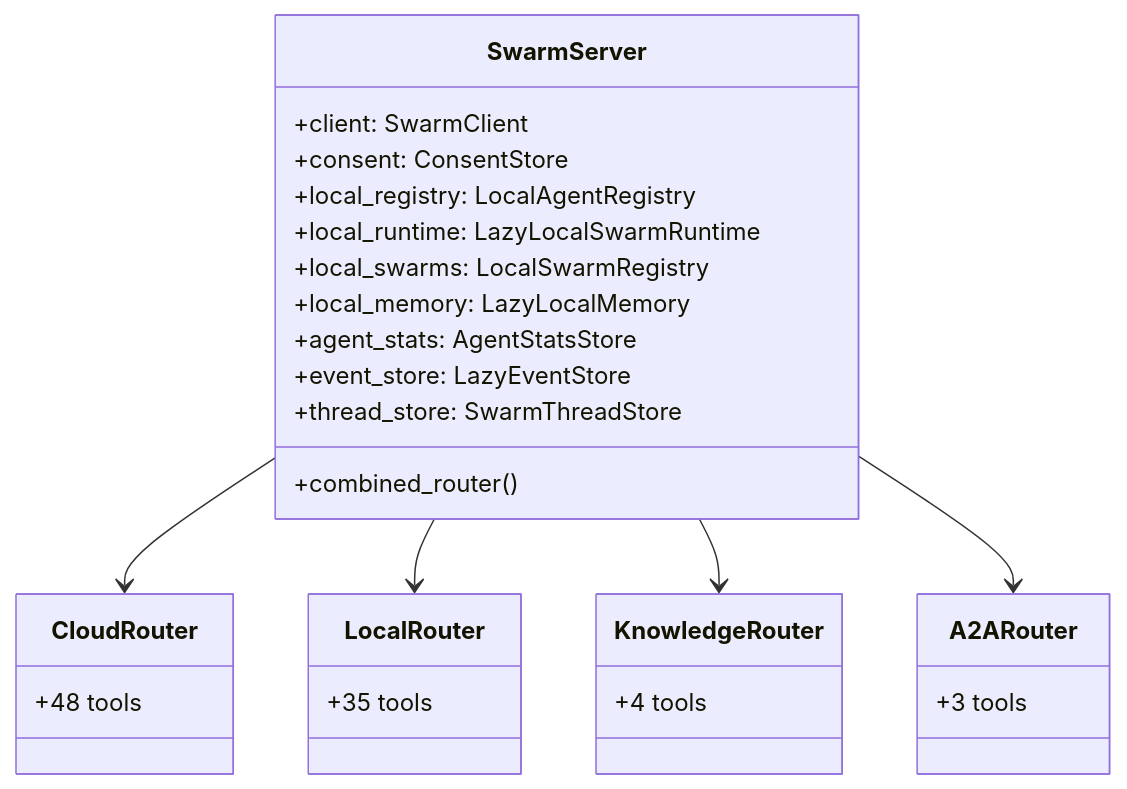
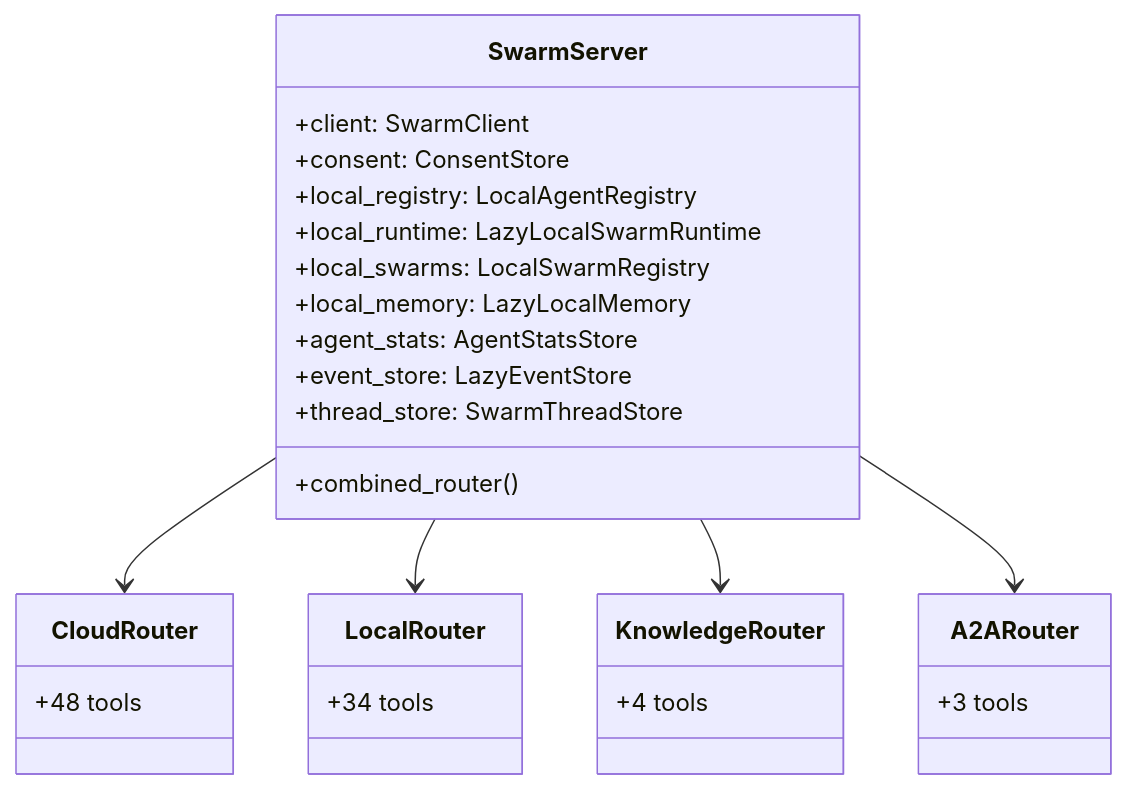
Before and after one commit to mdz-axo/zed-kask: the first of 2 diagrams in kask/docs/diataxis/swarm_system/reference.md, drawn with Mermaid. The commit also changed other lines of this file and 16 other files, not shown here.

````diff
--- a/kask/docs/diataxis/swarm_system/reference.md
+++ b/kask/docs/diataxis/swarm_system/reference.md
@@ -23,31 +23,31 @@
 ```mermaid
 classDiagram
     class SwarmServer {
         +client: SwarmClient
         +consent: ConsentStore
         +local_registry: LocalAgentRegistry
         +local_runtime: LazyLocalSwarmRuntime
         +local_swarms: LocalSwarmRegistry
         +local_memory: LazyLocalMemory
         +agent_stats: AgentStatsStore
         +event_store: LazyEventStore
         +thread_store: SwarmThreadStore
         +combined_router()
     }
     class CloudRouter {
         +48 tools
     }
     class LocalRouter {
-        +35 tools
+        +34 tools
     }
     class KnowledgeRouter {
         +4 tools
     }
     class A2ARouter {
         +3 tools
     }
     SwarmServer --> CloudRouter
     SwarmServer --> LocalRouter
     SwarmServer --> KnowledgeRouter
     SwarmServer --> A2ARouter
 ```
````
